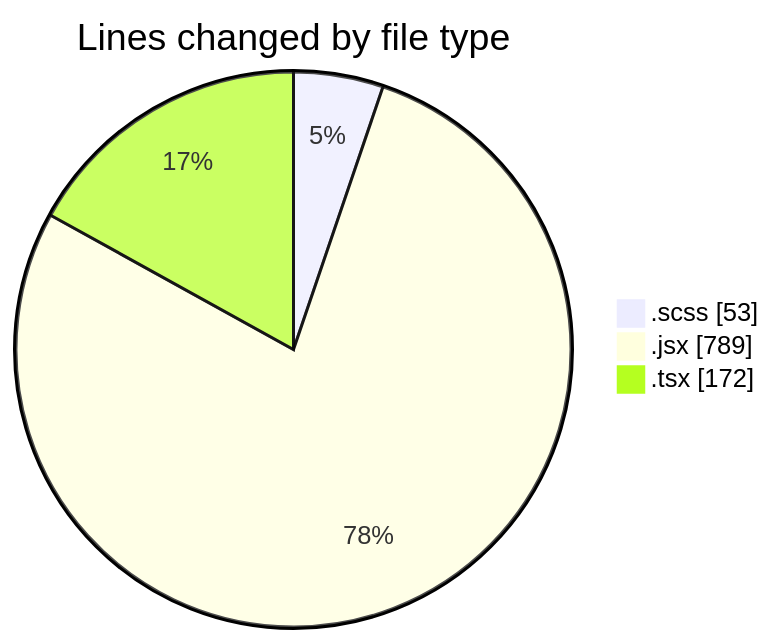
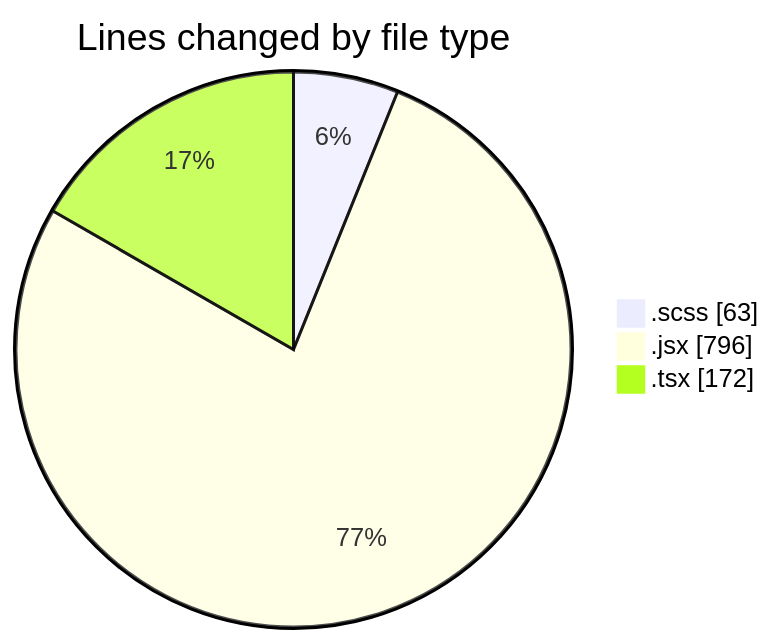
One commit to momahboobian/code-tracking changed the first of 2 diagrams in 2025-06-03/cda/README.md. Above: the diagram before and after it, drawn with Mermaid. The commit also changed other lines of this file and 1 other file, not shown here.

````diff
--- a/2025-06-03/cda/README.md
+++ b/2025-06-03/cda/README.md
@@ -23,7 +23,7 @@
 ```mermaid
 pie showData
 title Lines changed by file type
-".scss" : 53
-".jsx" : 789
+".scss" : 63
+".jsx" : 796
 ".tsx" : 172
 ```
````
